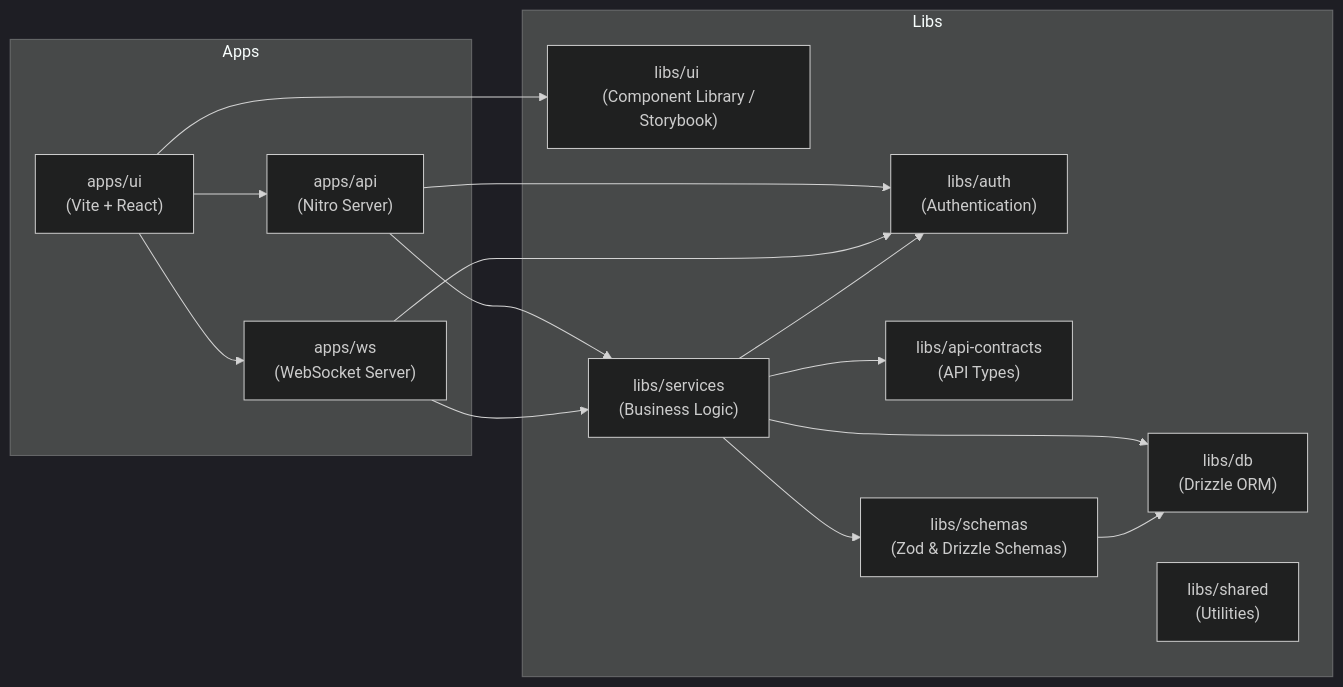
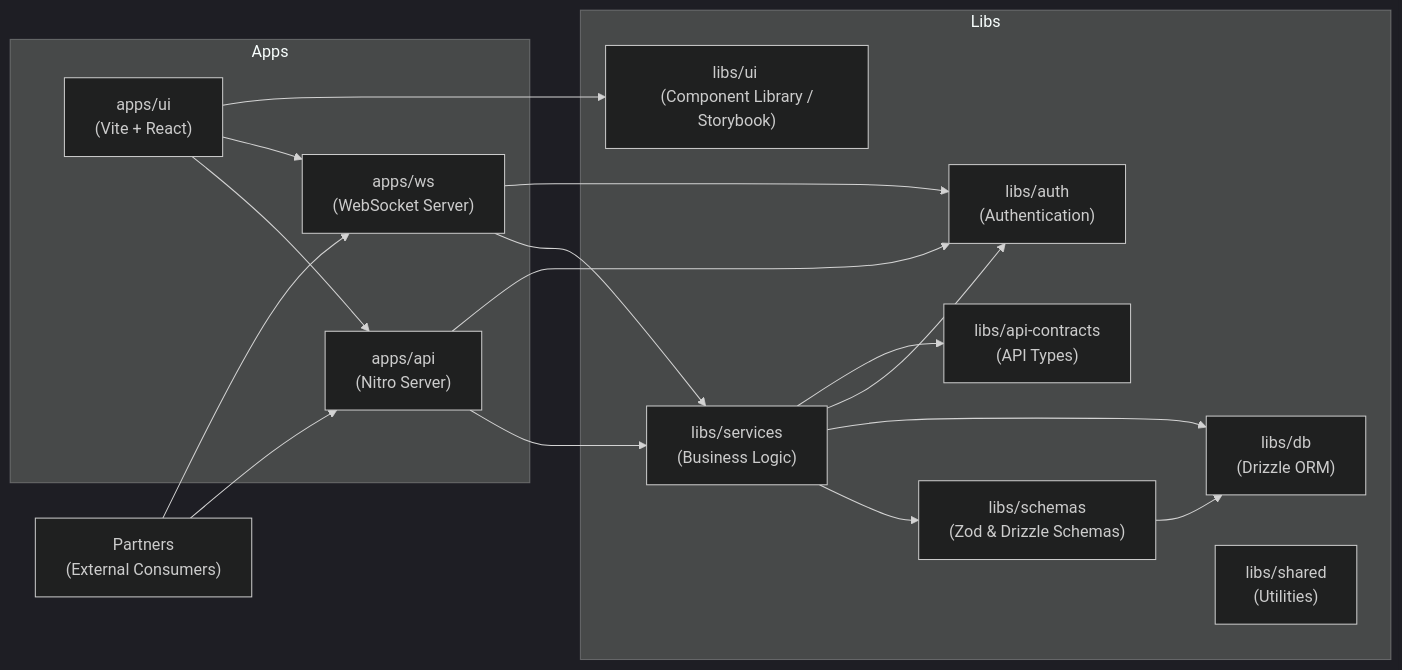
Before and after one commit to abcdmku/agentMonorepo: the diagram in README.md, drawn with Mermaid (dark theme).

````diff
--- a/README.md
+++ b/README.md
@@ -9,38 +9,41 @@
 ```mermaid
 graph LR
     %% Apps
     subgraph Apps
         UI["apps/ui <br/> (Vite + React)"]
         API["apps/api <br/> (Nitro Server)"]
         WS["apps/ws <br/> (WebSocket Server)"]
     end
+
+    Partners["Partners <br/> (External Consumers)"] --> API
+    Partners --> WS
 
     %% Libs
     subgraph Libs
         UILib["libs/ui <br/> (Component Library / Storybook)"]
         Services["libs/services <br/> (Business Logic)"]
         Auth["libs/auth <br/> (Authentication)"]
         Contracts["libs/api-contracts <br/> (API Types)"]
         Schemas["libs/schemas <br/> (Zod & Drizzle Schemas)"]
         DB["libs/db <br/> (Drizzle ORM)"]
         Shared["libs/shared <br/> (Utilities)"]
     end
 
     %% Dependencies
     UI --> API
     UI --> WS
     UI --> UILib
     API --> Services
     API --> Auth
     WS --> Services
     WS --> Auth
     
     Services --> Schemas
     Services --> DB
     Services --> Auth
     Services --> Contracts
     
     Schemas --> DB
     
     %% Note: Indirect deps or shared utils might be used widely
 ```
````
